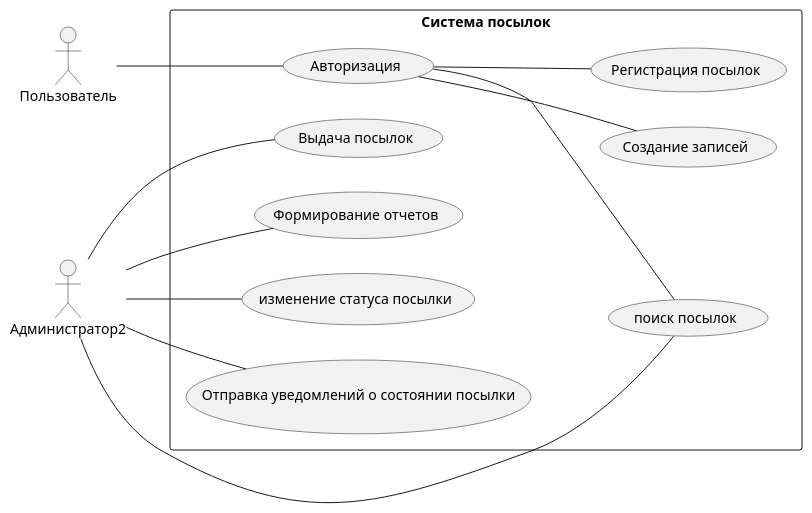
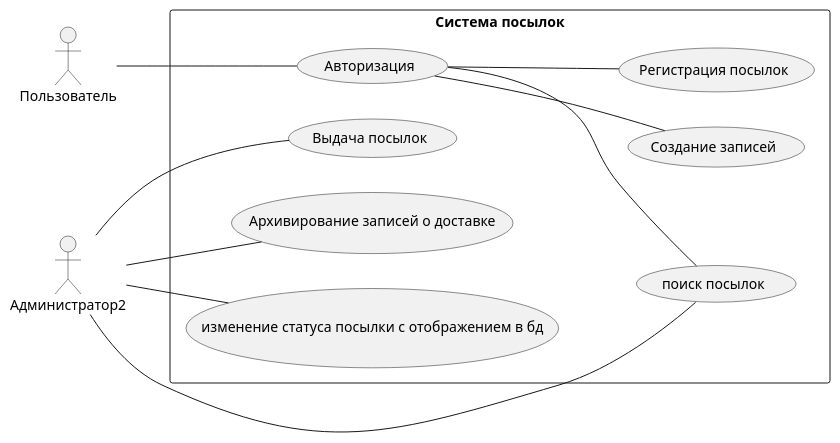
Before and after one commit to TEGI02/Lab3.1: the diagram in Case/UseCase.puml, drawn with PlantUML.

```diff
--- a/Case/UseCase.puml
+++ b/Case/UseCase.puml
@@ -1,25 +1,23 @@
 @startuml
 left to right direction
 skinparam packageStyle rectangle
 actor "Администратор2" as User1
 package "Система посылок" {
     usecase "Регистрация посылок" as UC_RegisterOf
     usecase "Создание записей" as UC_Creation
     usecase "Выдача посылок" as UC_issuance
-    usecase "Формирование отчетов" as UC_report
+    usecase "Архивирование записей о доставке" as UC_report
     usecase "поиск посылок" as UC_search
-    usecase "изменение статуса посылки" as UC_status
-    usecase "Отправка уведомлений о состоянии посылки" as UC_notific
+    usecase "изменение статуса посылки с отображением в бд" as UC_status
     usecase "Авторизация" as UC_Register
 }
 actor "Пользователь" as User2
 User1 -- UC_issuance
 User1 -- UC_report
 User1 -- UC_search
 User1 -- UC_status
-User1 -- UC_notific
 User2 -- UC_Register
 UC_Register -- UC_Creation
 UC_Register -- UC_search
 UC_Register -- UC_RegisterOf
 @enduml
```
